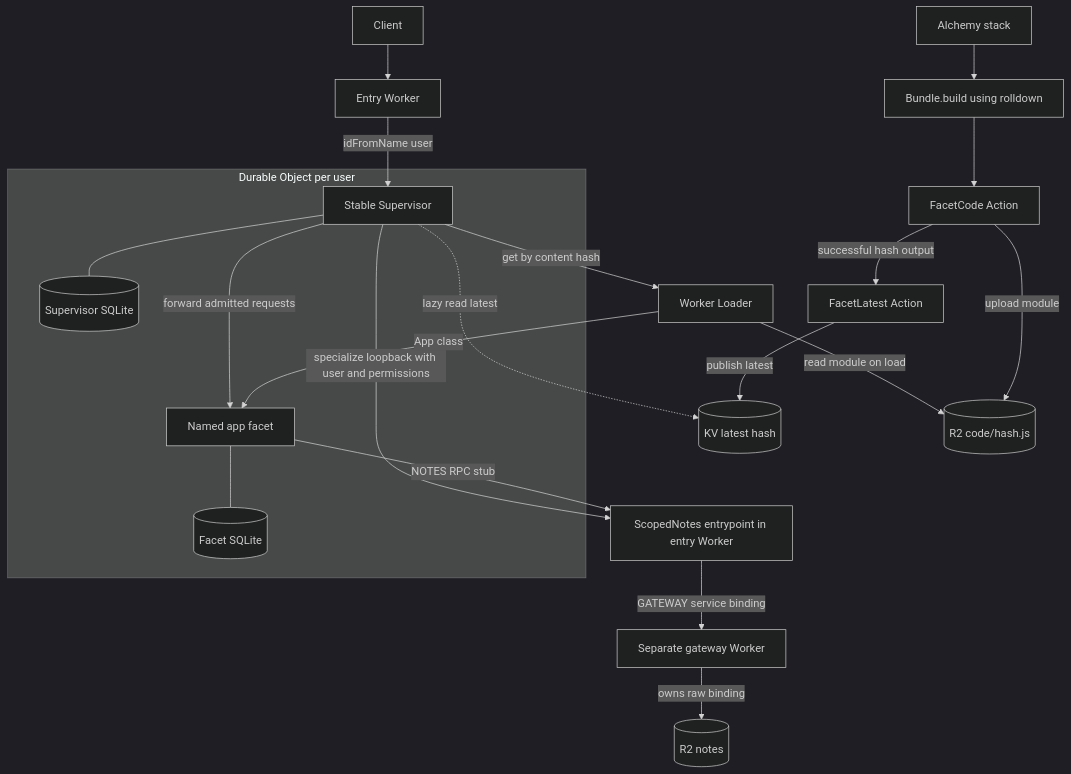
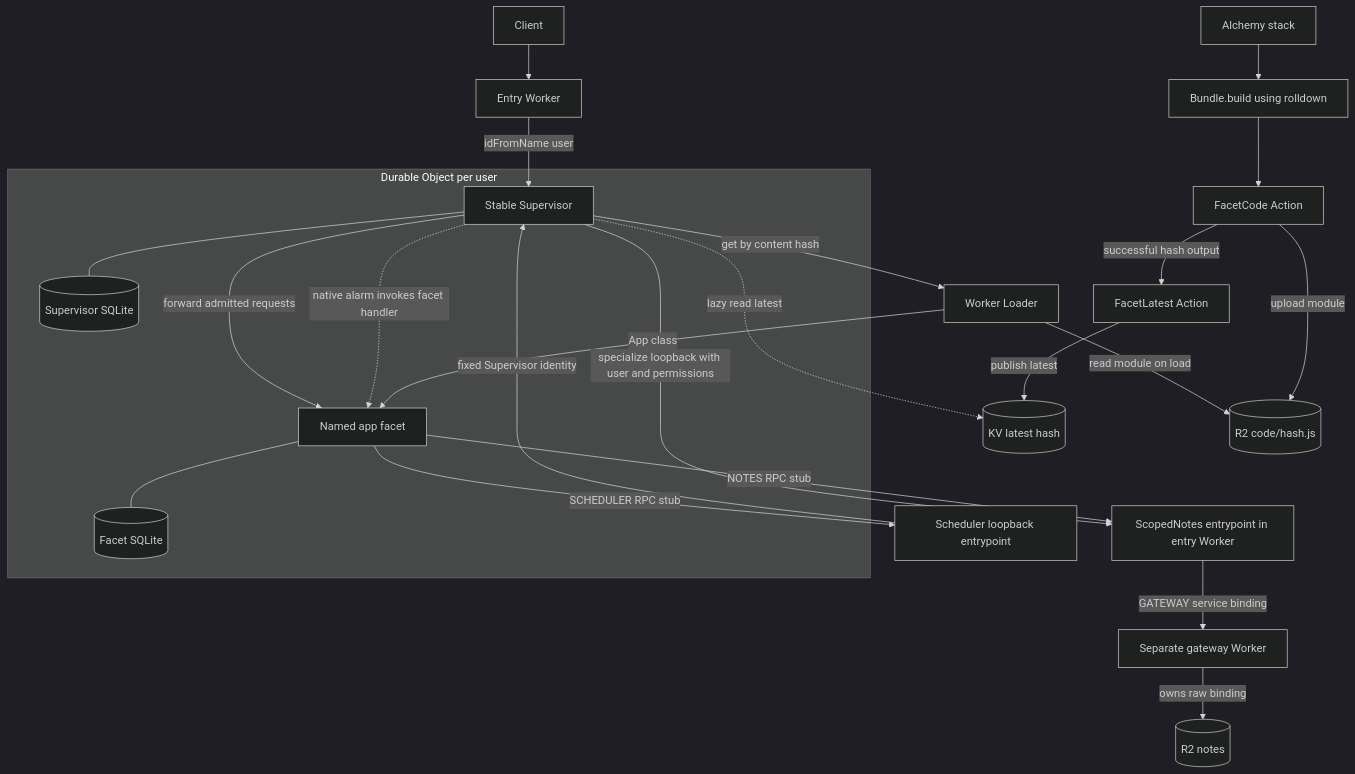
One commit to boarush/facet-swap changed the first of 4 diagrams in README.md. Above: the diagram before and after it, drawn with Mermaid (dark theme). The commit also changed other lines of this file, not shown here.

Commit message:
Document alarm capability lifecycle and native retry limits

````diff
--- a/README.md
+++ b/README.md
@@ -19,23 +19,26 @@
 ```mermaid
 flowchart TB
   C[Client] --> E[Entry Worker]
   E -->|idFromName user| S
   subgraph DO[Durable Object per user]
     S[Stable Supervisor] -->|forward admitted requests| F[Named app facet]
     S --- SD[(Supervisor SQLite)]
     F --- FD[(Facet SQLite)]
   end
   S -->|specialize loopback with user and permissions| N[ScopedNotes entrypoint in entry Worker]
   N -->|GATEWAY service binding| G[Separate gateway Worker]
   F -->|NOTES RPC stub| N
+  F -->|SCHEDULER RPC stub| A[Scheduler loopback entrypoint]
+  A -->|fixed Supervisor identity| S
+  S -.->|native alarm invokes facet handler| F
   G -->|owns raw binding| NOTES[(R2 notes)]
   S -.->|lazy read latest| KV[(KV latest hash)]
   S -->|get by content hash| L[Worker Loader]
   L -->|read module on load| R2[(R2 code/hash.js)]
   L -->|App class| F
   STACK[Alchemy stack] --> B[Bundle.build using rolldown]
   B --> U[FacetCode Action]
   U -->|upload module| R2
   U -->|successful hash output| P[FacetLatest Action]
   P -->|publish latest| KV
 ```
````
